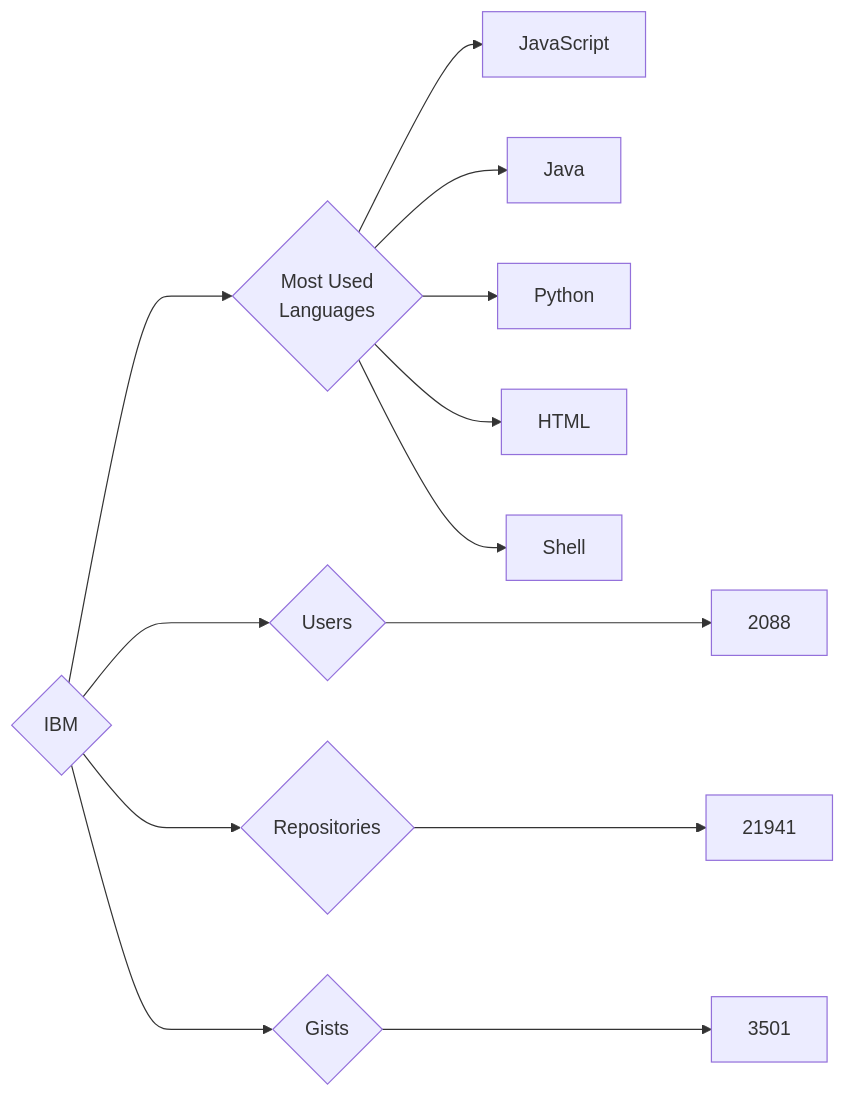
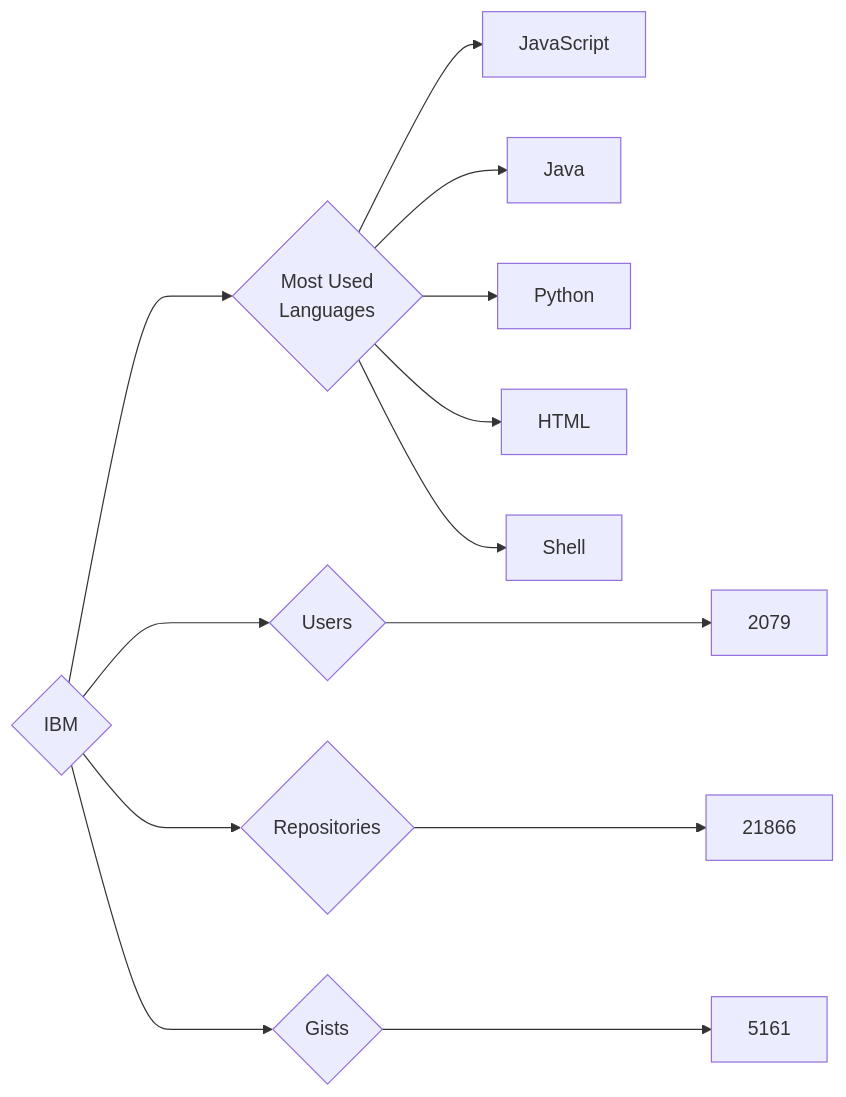
One commit to trickest/insiders changed the diagram in targets/IBM/README.md. Above: the diagram before and after it, drawn with Mermaid. The commit also changed 838 other files, not shown here.

````diff
--- a/targets/IBM/README.md
+++ b/targets/IBM/README.md
@@ -3,13 +3,13 @@
 ```mermaid
 graph LR
 COMPANY_NAME{IBM}
-COMPANY_NAME ---> U{Users} ---> UN[2088]
-COMPANY_NAME ---> R{Repositories} ---> RN[21941]
-COMPANY_NAME ---> G{Gists} ---> GN[3501]
+COMPANY_NAME ---> U{Users} ---> UN[2079]
+COMPANY_NAME ---> R{Repositories} ---> RN[21866]
+COMPANY_NAME ---> G{Gists} ---> GN[5161]
 COMPANY_NAME ---> ML{Most Used<br>Languages}
 ML --> JavaScript[JavaScript]
 ML --> Java[Java]
 ML --> Python[Python]
 ML --> HTML[HTML]
 ML --> Shell[Shell]
 ```
````
